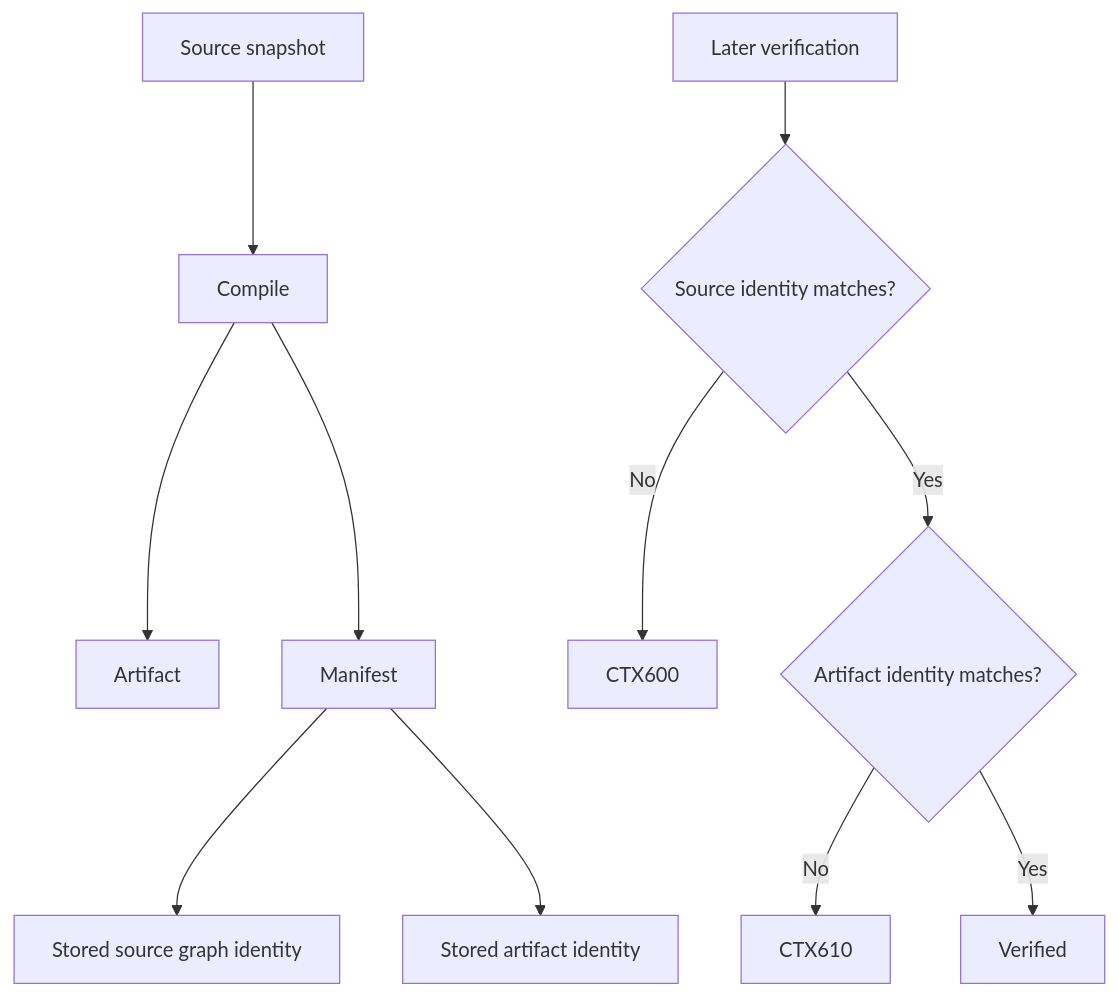
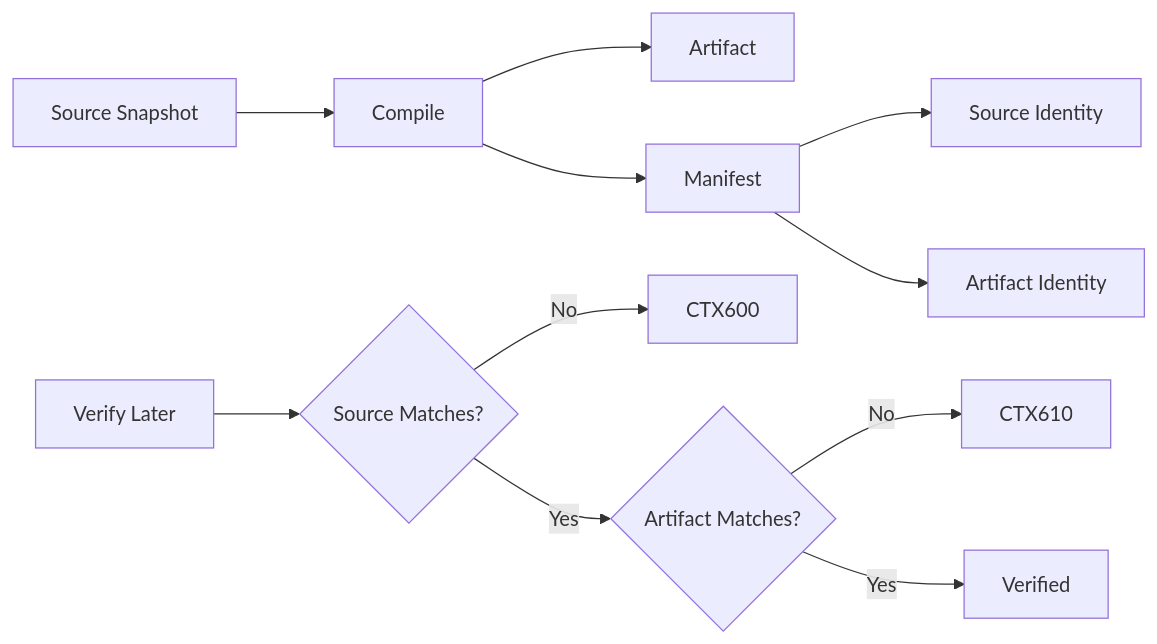
The seventh of 7 diagrams in README.md (Gopal-Singh-Subramani-Singh/context-compiler), drawn with Mermaid before and after one commit. The commit also changed other lines of this file, not shown here.

````diff
--- a/README.md
+++ b/README.md
@@ -423,15 +348,15 @@
 ```mermaid
-flowchart TB
-    A[Source snapshot] --> B[Compile]
-    B --> C[Artifact]
-    B --> D[Manifest]
+flowchart LR
+    S[Source Snapshot] --> C[Compile]
+    C --> A[Artifact]
+    C --> M[Manifest]
 
-    D --> E[Stored source graph identity]
-    D --> F[Stored artifact identity]
+    M --> SI[Source Identity]
+    M --> AI[Artifact Identity]
 
-    G[Later verification] --> H{Source identity matches?}
-    H -- No --> I[CTX600]
-    H -- Yes --> J{Artifact identity matches?}
-    J -- No --> K[CTX610]
-    J -- Yes --> L[Verified]
+    V[Verify Later] --> X{Source Matches?}
+    X -- No --> C600[CTX600]
+    X -- Yes --> Y{Artifact Matches?}
+    Y -- No --> C610[CTX610]
+    Y -- Yes --> PASS[Verified]
 ```
````
